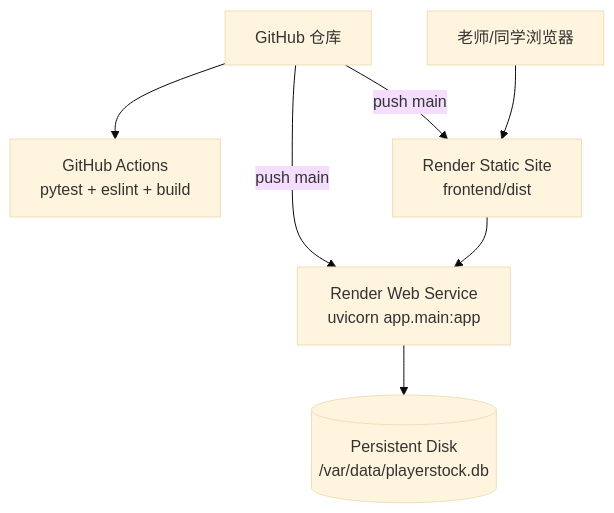
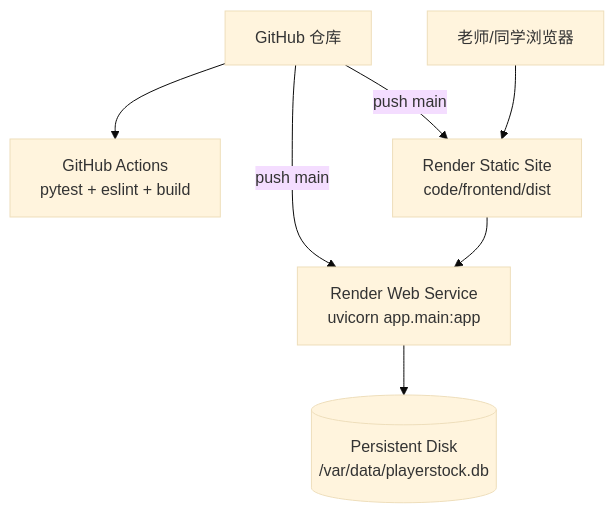
Before and after one commit to July75-bit/Innovation: the fourth of 4 diagrams in docs/software/architecture.md, drawn with Mermaid (base theme). The commit also changed other lines of this file and 38 other files, not shown here.

````diff
--- a/docs/software/architecture.md
+++ b/docs/software/architecture.md
@@ -121,9 +121,9 @@
 ```mermaid
 flowchart TB
     GH["GitHub 仓库"] --> CI["GitHub Actions<br/>pytest + eslint + build"]
-    GH -- "push main" --> R1["Render Static Site<br/>frontend/dist"]
+    GH -- "push main" --> R1["Render Static Site<br/>code/frontend/dist"]
     GH -- "push main" --> R2["Render Web Service<br/>uvicorn app.main:app"]
     R2 --> DISK[("Persistent Disk<br/>/var/data/playerstock.db")]
     U["老师/同学浏览器"] --> R1
     R1 --> R2
 ```
````
